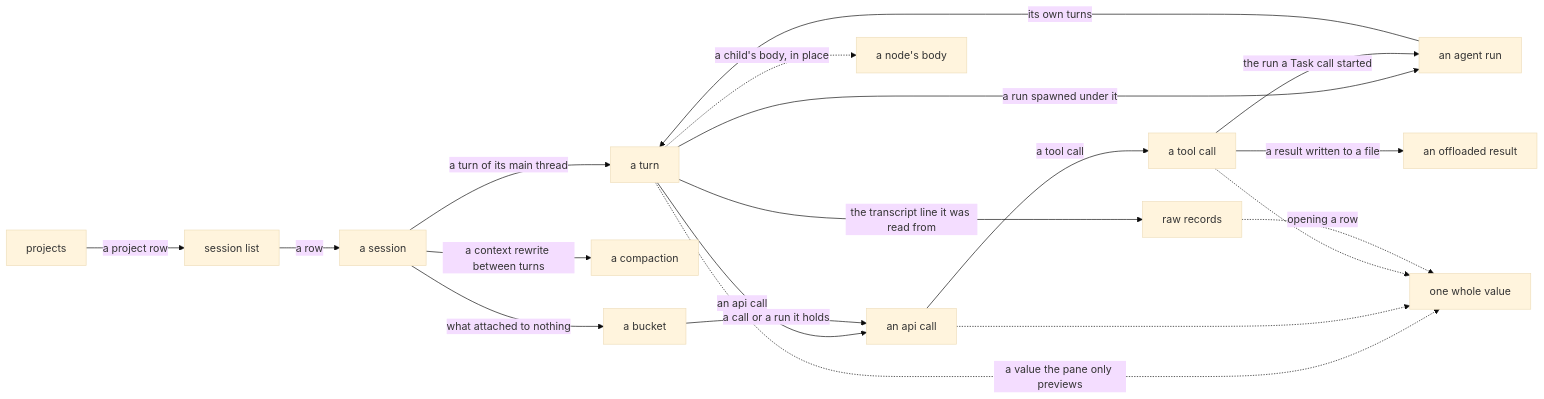
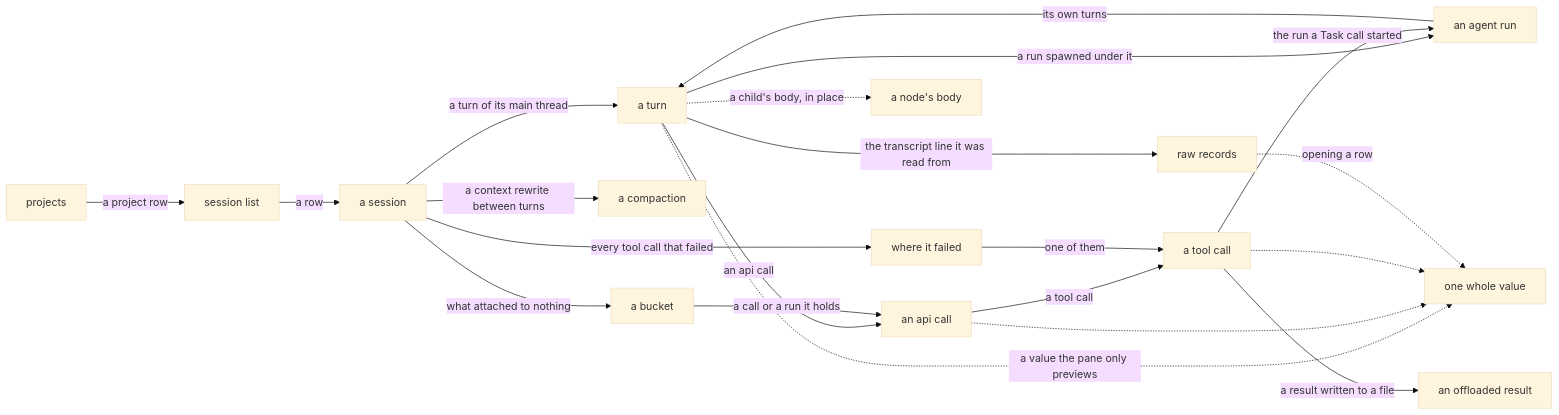
One commit to nathanielobrown/aiobserve changed the diagram in docs/viewer.md. Above: the diagram before and after it, drawn with Mermaid (base theme). The commit also changed other lines of this file and 14 other files, not shown here.

Commit message:
Highlight failures and Jump to where a session failed (#7)

````diff
--- a/docs/viewer.md
+++ b/docs/viewer.md
@@ -9,21 +9,23 @@
 ```mermaid
 flowchart LR
     projects["projects"] -->|"a project row"| session_list["session list"]
     session_list -->|"a row"| session["a session"]
     session -->|"a turn of its main thread"| turn["a turn"]
     session -->|"a context rewrite between turns"| compaction["a compaction"]
     session -->|"what attached to nothing"| bucket["a bucket"]
     turn -->|"an api call"| api_call["an api call"]
     turn -->|"a run spawned under it"| run["an agent run"]
     api_call -->|"a tool call"| tool["a tool call"]
     tool -->|"the run a Task call started"| run
     run -->|"its own turns"| turn
+    session -->|"every tool call that failed"| errors["where it failed"]
+    errors -->|"one of them"| tool
     bucket -->|"a call or a run it holds"| api_call
     turn -->|"the transcript line it was read from"| records["raw records"]
     tool -->|"a result written to a file"| offload["an offloaded result"]
     turn -.->|"a value the pane only previews"| value["one whole value"]
     api_call -.-> value
     tool -.-> value
     records -.->|"opening a row"| value
     turn -.->|"a child's body, in place"| body["a node's body"]
 ```
````
